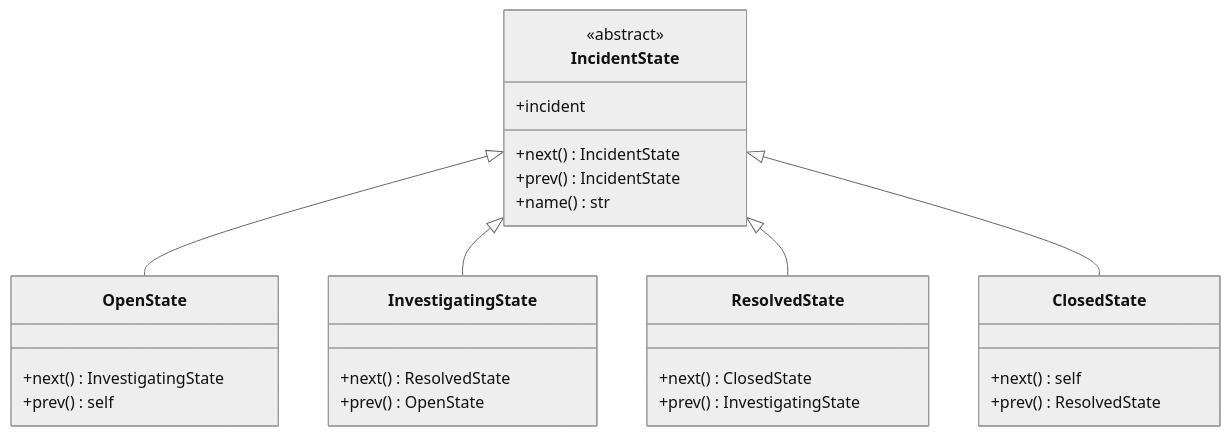
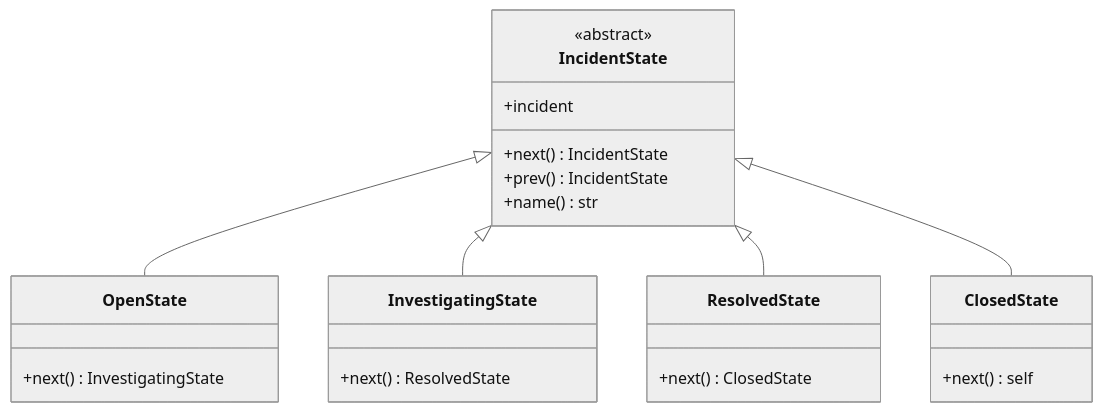
The sixth of 8 diagrams in README.md (ManishKudtarkar/incident-management), drawn with Mermaid (neutral theme) before and after one commit. The commit also changed other lines of this file and 9 other files, not shown here.

````diff
--- a/README.md
+++ b/README.md
@@ -393,35 +386,19 @@
 ```mermaid
 classDiagram
     class IncidentState {
         <<abstract>>
         +incident
         +next() IncidentState
         +prev() IncidentState
         +name() str
     }
-
-    class OpenState {
-        +next() InvestigatingState
-        +prev() self
-    }
-
-    class InvestigatingState {
-        +next() ResolvedState
-        +prev() OpenState
-    }
-
-    class ResolvedState {
-        +next() ClosedState
-        +prev() InvestigatingState
-    }
-
-    class ClosedState {
-        +next() self
-        +prev() ResolvedState
-    }
+    class OpenState { +next() InvestigatingState }
+    class InvestigatingState { +next() ResolvedState }
+    class ResolvedState { +next() ClosedState }
+    class ClosedState { +next() self }
 
     IncidentState <|-- OpenState
     IncidentState <|-- InvestigatingState
     IncidentState <|-- ResolvedState
     IncidentState <|-- ClosedState
 ```
````
